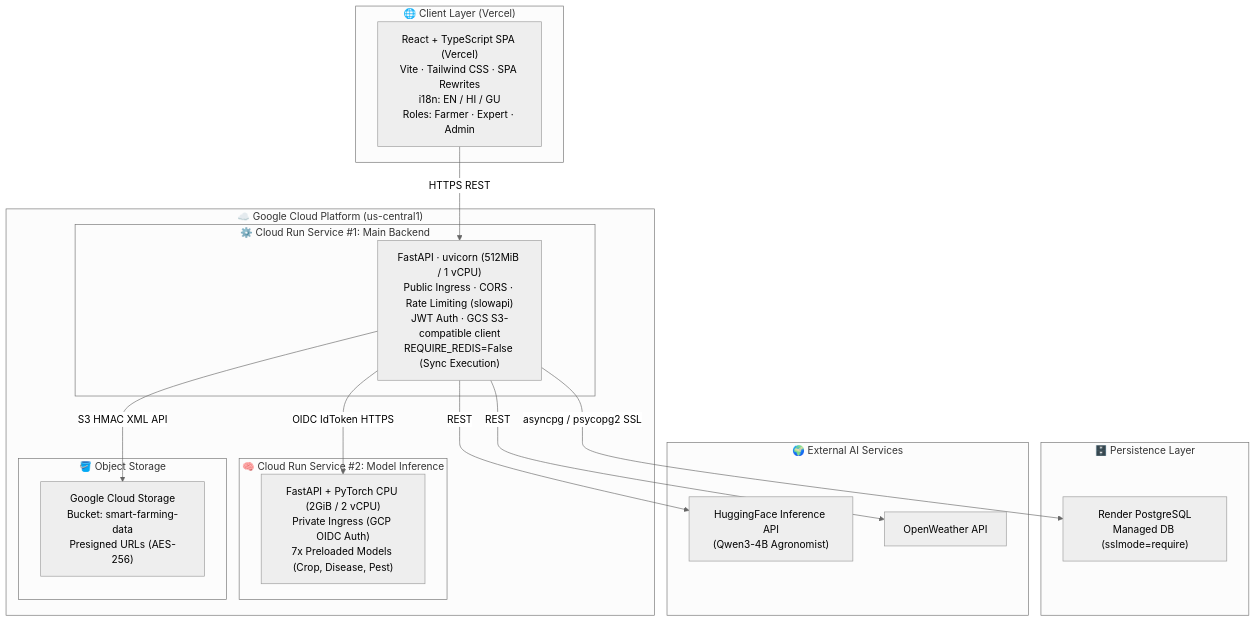
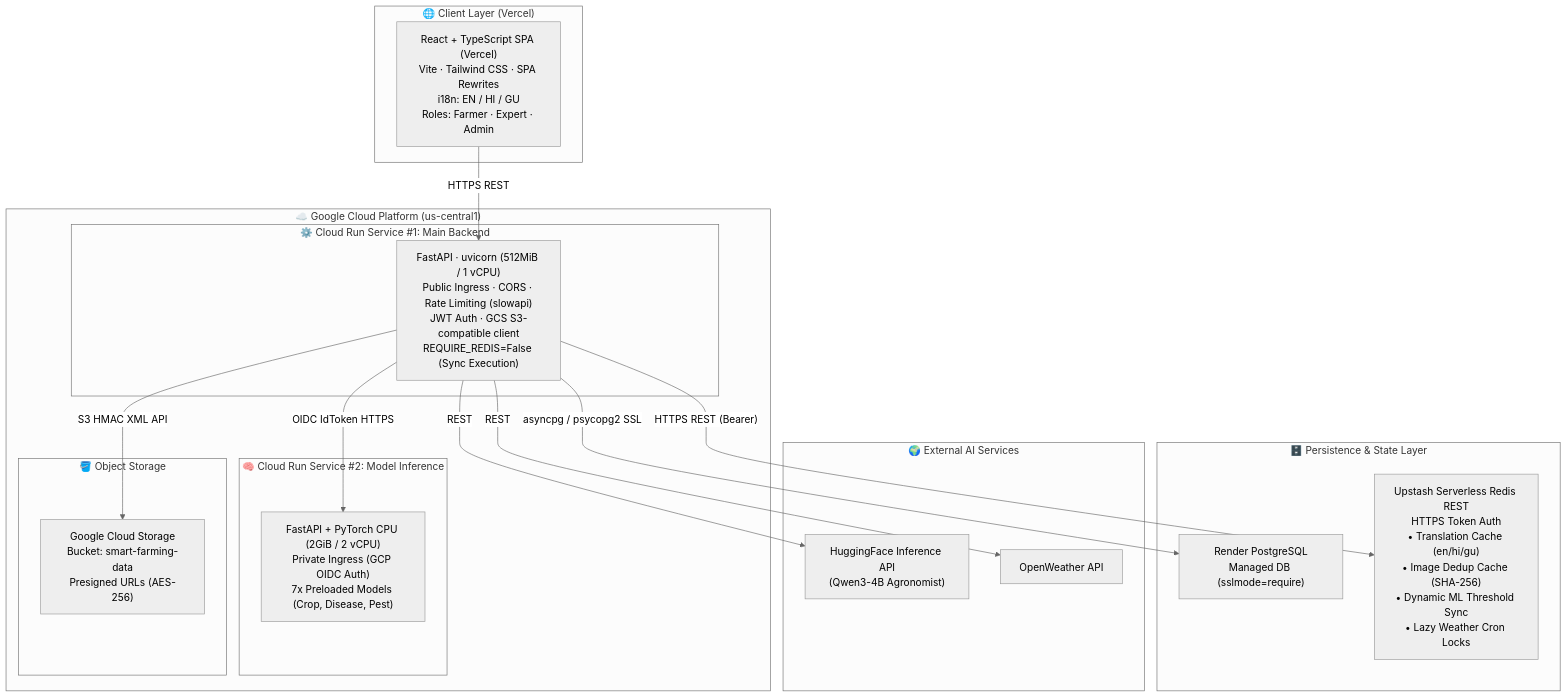
One commit to manthan2876/Smart-Farming changed the first of 11 diagrams in Docs/Architecture.md. Above: the diagram before and after it, drawn with Mermaid (neutral theme). The commit also changed other lines of this file and 11 other files, not shown here.

````diff
--- a/Docs/Architecture.md
+++ b/Docs/Architecture.md
@@ -53,36 +53,38 @@
 ```mermaid
 flowchart TD
     subgraph CLIENT["🌐 Client Layer (Vercel)"]
         SPA["React + TypeScript SPA (Vercel)\nVite · Tailwind CSS · SPA Rewrites\ni18n: EN / HI / GU\nRoles: Farmer · Expert · Admin"]
     end
 
     subgraph GCP["☁️ Google Cloud Platform (us-central1)"]
         subgraph GATEWAY["⚙️ Cloud Run Service #1: Main Backend"]
             API["FastAPI · uvicorn (512MiB / 1 vCPU)\nPublic Ingress · CORS · Rate Limiting (slowapi)\nJWT Auth · GCS S3-compatible client\nREQUIRE_REDIS=False (Sync Execution)"]
         end
 
         subgraph INFERENCE["🧠 Cloud Run Service #2: Model Inference"]
             INF["FastAPI + PyTorch CPU (2GiB / 2 vCPU)\nPrivate Ingress (GCP OIDC Auth)\n7x Preloaded Models (Crop, Disease, Pest)"]
         end
 
         subgraph OBJ["🪣 Object Storage"]
             GCS["Google Cloud Storage\nBucket: smart-farming-data\nPresigned URLs (AES-256)"]
         end
     end
 
-    subgraph PERSIST["🗄️ Persistence Layer"]
+    subgraph PERSIST["🗄️ Persistence & State Layer"]
         DB["Render PostgreSQL\nManaged DB (sslmode=require)"]
+        UPSTASH["Upstash Serverless Redis REST\nHTTPS Token Auth\n• Translation Cache (en/hi/gu)\n• Image Dedup Cache (SHA-256)\n• Dynamic ML Threshold Sync\n• Lazy Weather Cron Locks"]
     end
 
     subgraph EXTERNAL["🌍 External AI Services"]
         HF["HuggingFace Inference API\n(Qwen3-4B Agronomist)"]
         OWM["OpenWeather API"]
     end
 
     SPA -- "HTTPS REST" --> API
     API -- "OIDC IdToken HTTPS" --> INF
     API -- "S3 HMAC XML API" --> GCS
     API -- "asyncpg / psycopg2 SSL" --> DB
+    API -- "HTTPS REST (Bearer)" --> UPSTASH
     API -- "REST" --> HF
     API -- "REST" --> OWM
 ```
````
